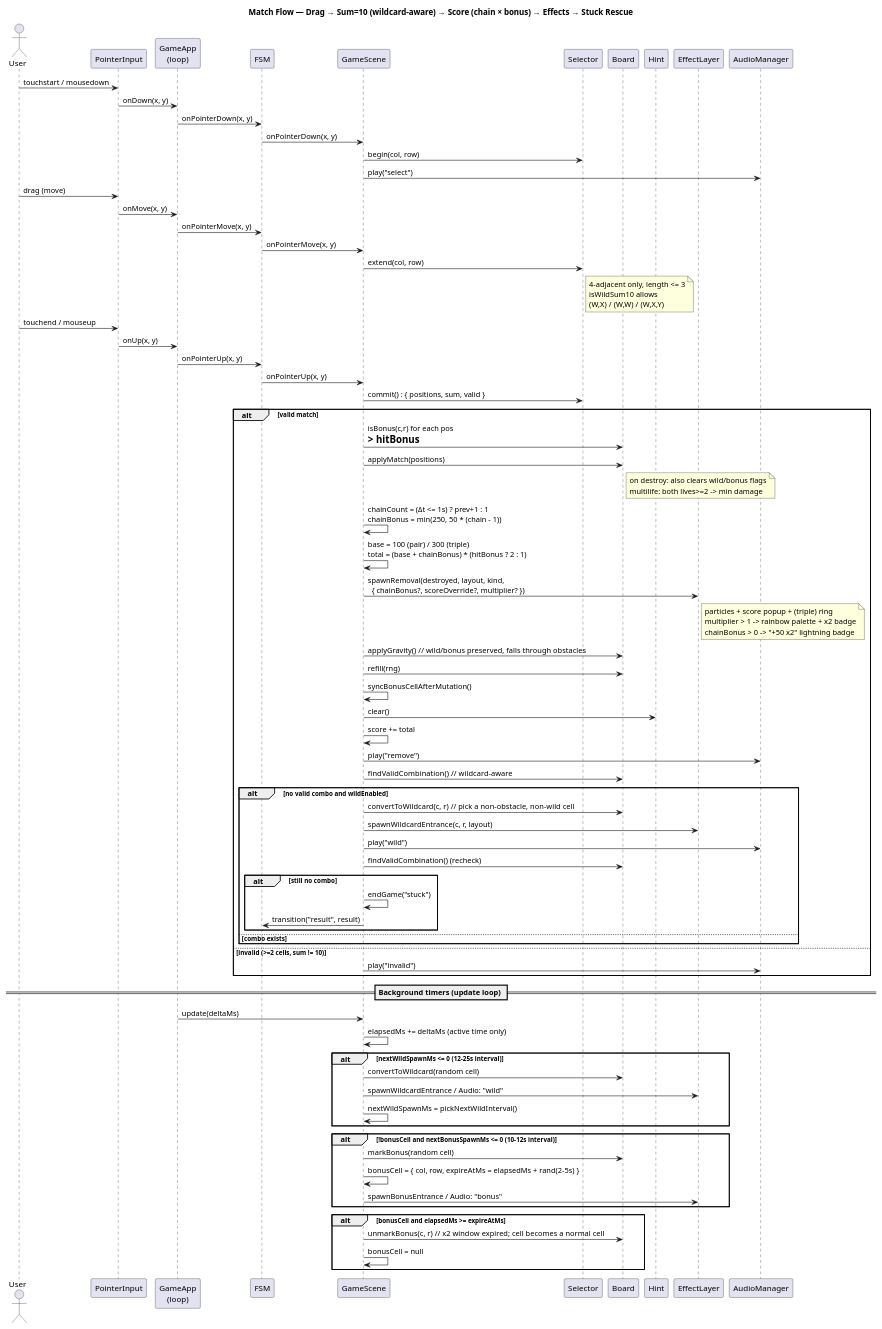
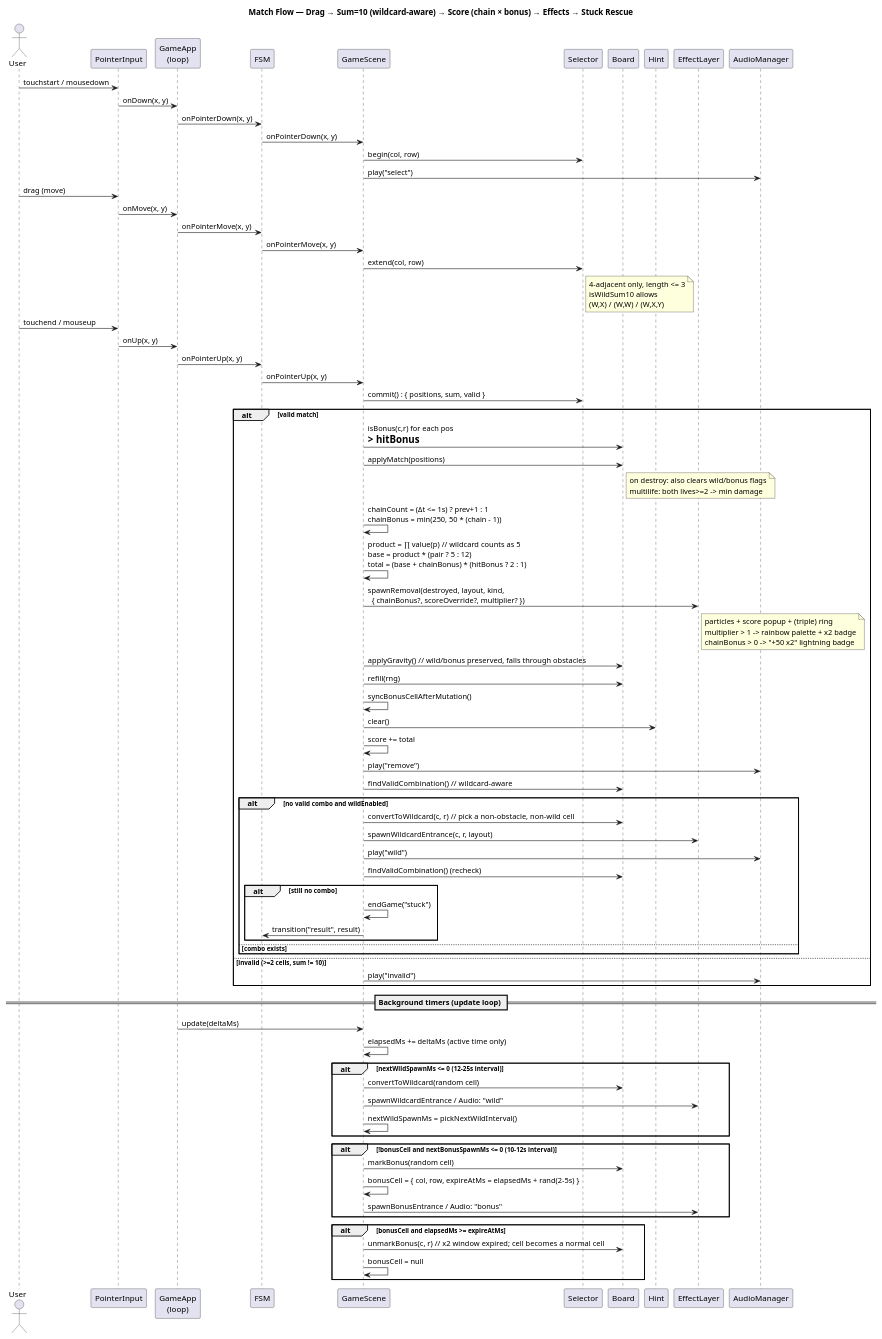
The diagram in docs/uml/sequence-match.puml (chobocho/make10), drawn with PlantUML before and after one commit. The commit also changed 7 other files, not shown here.

```diff
--- a/docs/uml/sequence-match.puml
+++ b/docs/uml/sequence-match.puml
@@ -1,101 +1,101 @@
 @startuml sequence-match
 title Match Flow — Drag → Sum=10 (wildcard-aware) → Score (chain × bonus) → Effects → Stuck Rescue
 skinparam responseMessageBelowArrow true
 actor User
 participant "PointerInput" as PI
 participant "GameApp\n(loop)" as App
 participant "FSM" as FSM
 participant "GameScene" as GS
 participant "Selector" as Sel
 participant "Board" as Board
 participant "Hint" as Hint
 participant "EffectLayer" as Fx
 participant "AudioManager" as Audio
 
 User -> PI : touchstart / mousedown
 PI -> App : onDown(x, y)
 App -> FSM : onPointerDown(x, y)
 FSM -> GS : onPointerDown(x, y)
 GS -> Sel : begin(col, row)
 GS -> Audio : play("select")
 
 User -> PI : drag (move)
 PI -> App : onMove(x, y)
 App -> FSM : onPointerMove(x, y)
 FSM -> GS : onPointerMove(x, y)
 GS -> Sel : extend(col, row)
 note right of Sel
   4-adjacent only, length <= 3
   isWildSum10 allows
   (W,X) / (W,W) / (W,X,Y)
 end note
 
 User -> PI : touchend / mouseup
 PI -> App : onUp(x, y)
 App -> FSM : onPointerUp(x, y)
 FSM -> GS : onPointerUp(x, y)
 GS -> Sel : commit() : { positions, sum, valid }
 
 alt valid match
   GS -> Board : isBonus(c,r) for each pos\n=> hitBonus
   GS -> Board : applyMatch(positions)
   note right of Board
     on destroy: also clears wild/bonus flags
     multilife: both lives>=2 -> min damage
   end note
 
   GS -> GS : chainCount = (Δt <= 1s) ? prev+1 : 1\nchainBonus = min(250, 50 * (chain - 1))
-  GS -> GS : base = 100 (pair) / 300 (triple)\ntotal = (base + chainBonus) * (hitBonus ? 2 : 1)
+  GS -> GS : product = ∏ value(p)  // wildcard counts as 5\nbase = product * (pair ? 5 : 12)\ntotal = (base + chainBonus) * (hitBonus ? 2 : 1)
 
   GS -> Fx : spawnRemoval(destroyed, layout, kind,\n  { chainBonus?, scoreOverride?, multiplier? })
   note right of Fx
     particles + score popup + (triple) ring
     multiplier > 1 -> rainbow palette + x2 badge
     chainBonus > 0 -> "+50 x2" lightning badge
   end note
 
   GS -> Board : applyGravity()  // wild/bonus preserved, falls through obstacles
   GS -> Board : refill(rng)
   GS -> GS : syncBonusCellAfterMutation()
   GS -> Hint : clear()
   GS -> GS : score += total
   GS -> Audio : play("remove")
 
   GS -> Board : findValidCombination()  // wildcard-aware
   alt no valid combo and wildEnabled
     GS -> Board : convertToWildcard(c, r)  // pick a non-obstacle, non-wild cell
     GS -> Fx : spawnWildcardEntrance(c, r, layout)
     GS -> Audio : play("wild")
     GS -> Board : findValidCombination() (recheck)
     alt still no combo
       GS -> GS : endGame("stuck")
       GS -> FSM : transition("result", result)
     end
   else combo exists
   end
 
 else invalid (>=2 cells, sum != 10)
   GS -> Audio : play("invalid")
 end
 
 == Background timers (update loop) ==
 App -> GS : update(deltaMs)
 GS -> GS : elapsedMs += deltaMs (active time only)
 
 alt nextWildSpawnMs <= 0 (12-25s interval)
   GS -> Board : convertToWildcard(random cell)
   GS -> Fx : spawnWildcardEntrance / Audio: "wild"
   GS -> GS : nextWildSpawnMs = pickNextWildInterval()
 end
 
 alt !bonusCell and nextBonusSpawnMs <= 0 (10-12s interval)
   GS -> Board : markBonus(random cell)
   GS -> GS : bonusCell = { col, row, expireAtMs = elapsedMs + rand(2-5s) }
   GS -> Fx : spawnBonusEntrance / Audio: "bonus"
 end
 
 alt bonusCell and elapsedMs >= expireAtMs
   GS -> Board : unmarkBonus(c, r)  // x2 window expired; cell becomes a normal cell
   GS -> GS : bonusCell = null
 end
 @enduml
```
